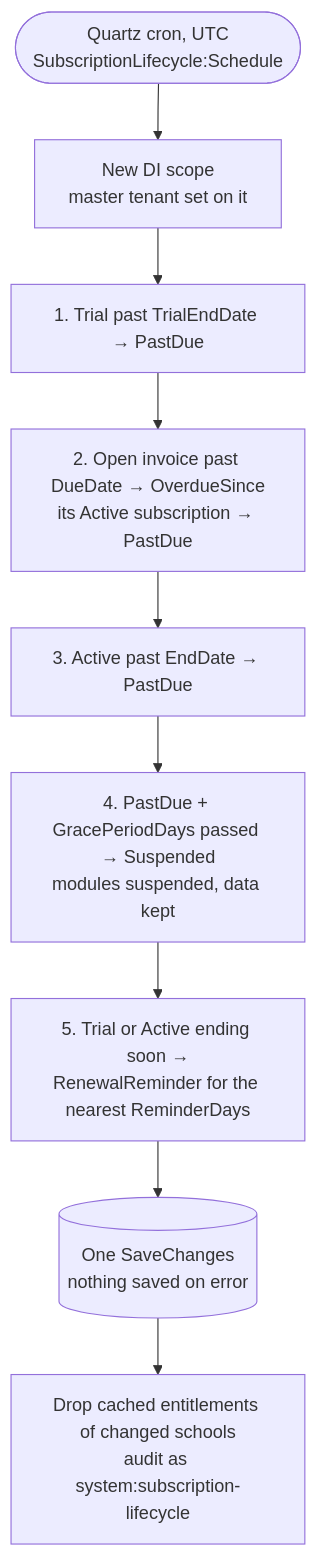
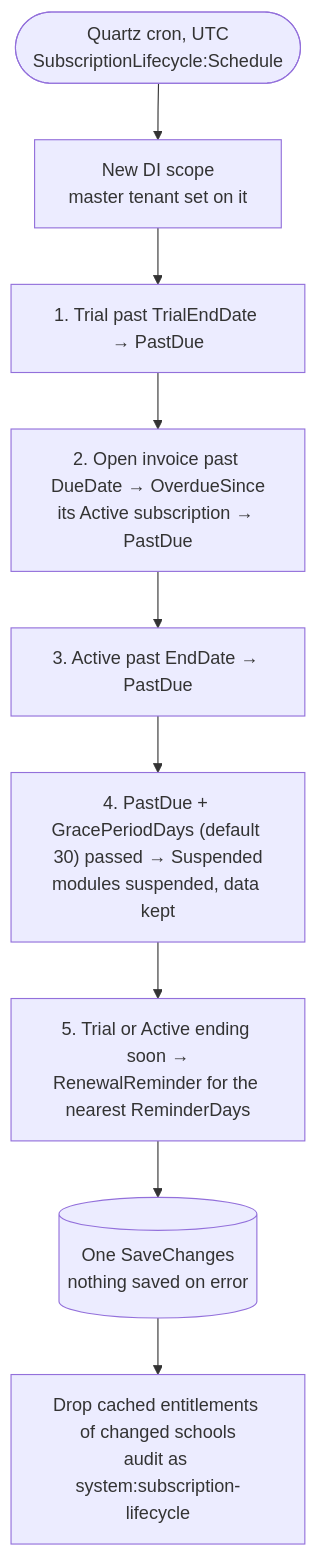
Diagram 18 of 21 in README.md (ahmedshahjr/Education-Portal), drawn with Mermaid before and after one commit.

Commit message:
Show the 30-day grace default in the lifecycle job diagram
Claude-Session: https://claude.ai/code/session_01H1DJLsVHgVH2SGf6JuXcdo

````diff
--- a/README.md
+++ b/README.md
@@ -800,11 +800,11 @@
 ```mermaid
 flowchart TB
     cron(["Quartz cron, UTC<br/>SubscriptionLifecycle:Schedule"]) --> scope["New DI scope<br/>master tenant set on it"]
     scope --> trials["1. Trial past TrialEndDate → PastDue"]
     trials --> invoices["2. Open invoice past DueDate → OverdueSince<br/>its Active subscription → PastDue"]
     invoices --> ended["3. Active past EndDate → PastDue"]
-    ended --> suspend["4. PastDue + GracePeriodDays passed → Suspended<br/>modules suspended, data kept"]
+    ended --> suspend["4. PastDue + GracePeriodDays (default 30) passed → Suspended<br/>modules suspended, data kept"]
     suspend --> remind["5. Trial or Active ending soon →<br/>RenewalReminder for the nearest ReminderDays"]
     remind --> save[("One SaveChanges<br/>nothing saved on error")]
     save --> after["Drop cached entitlements of changed schools<br/>audit as system:subscription-lifecycle"]
 ```
````
